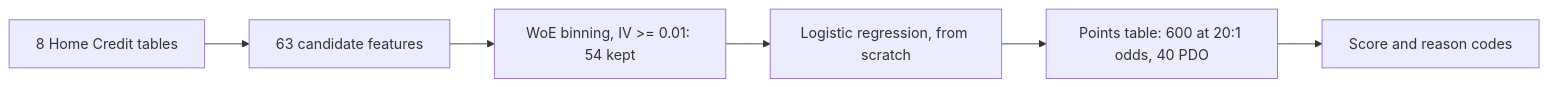
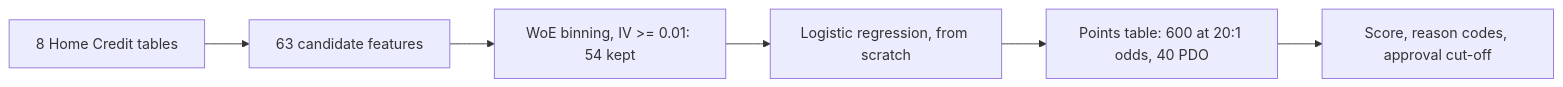
The diagram in README.md (alvenyuka/Credit-Risk-Scorecard), drawn with Mermaid before and after one commit. The commit also changed other lines of this file and 5 other files, not shown here.

````diff
--- a/README.md
+++ b/README.md
@@ -42,8 +59,8 @@
 ```mermaid
 flowchart LR
     A[8 Home Credit tables] --> B[63 candidate features]
     B --> C[WoE binning, IV >= 0.01: 54 kept]
     C --> D[Logistic regression, from scratch]
     D --> E[Points table: 600 at 20:1 odds, 40 PDO]
-    E --> F[Score and reason codes]
+    E --> F[Score, reason codes, approval cut-off]
 ```
````
